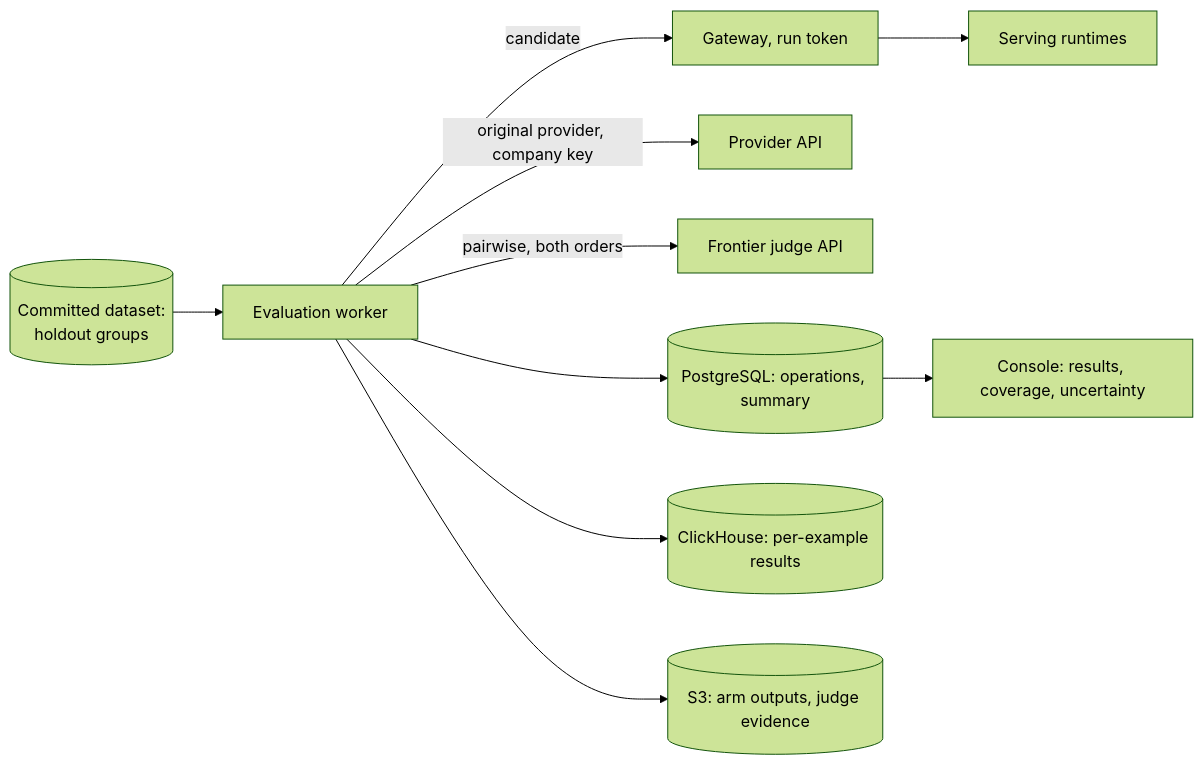
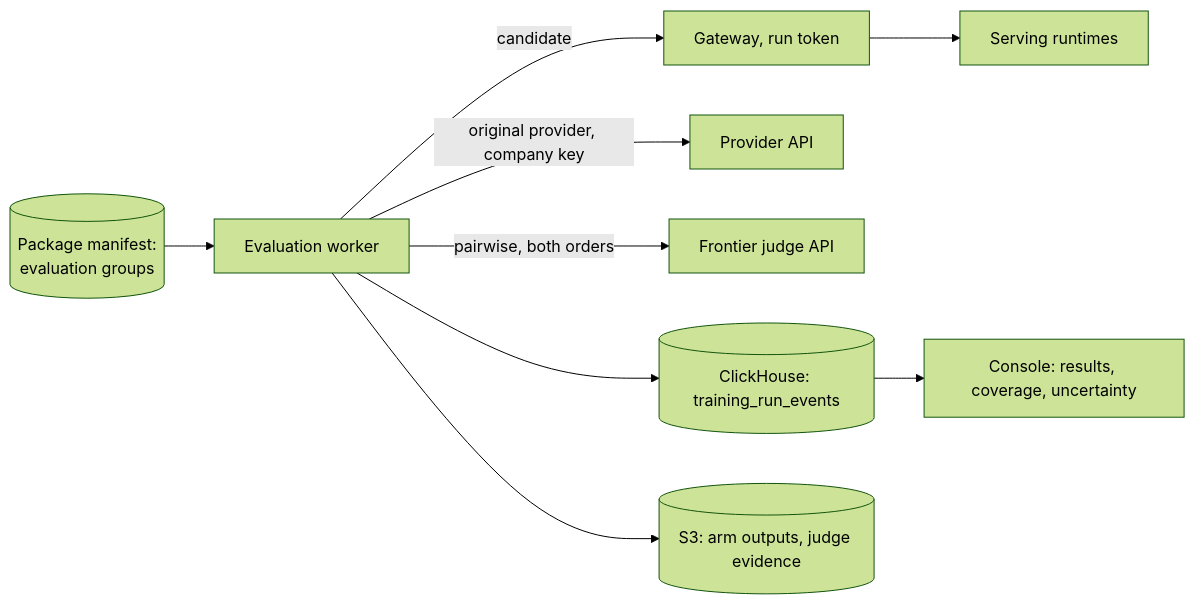
The diagram in docs/TASK_FINE_TUNING_EVALUATION_CONTRACT.md (Gradiated/gradiated), drawn with Mermaid (forest theme) before and after one commit. The commit also changed other lines of this file and 7 other files, not shown here.

First line of the commit message:
Simplify fine-tuning architecture and unify generation events (#44)

````diff
--- a/docs/TASK_FINE_TUNING_EVALUATION_CONTRACT.md
+++ b/docs/TASK_FINE_TUNING_EVALUATION_CONTRACT.md
@@ -7,11 +7,10 @@
 ```mermaid
 flowchart LR
-  M[(Committed dataset:<br/>holdout groups)] --> W[Evaluation worker]
+  M[(Package manifest:<br/>evaluation groups)] --> W[Evaluation worker]
   W -->|candidate| GW[Gateway, run token] --> RT[Serving runtimes]
   W -->|original provider, company key| PROV[Provider API]
   W -->|pairwise, both orders| J[Frontier judge API]
-  W --> PG[(PostgreSQL: operations, summary)]
-  W --> CH[(ClickHouse: per-example results)]
+  W --> CH[(ClickHouse: training_run_events)]
   W --> S3[(S3: arm outputs, judge evidence)]
-  PG --> CON[Console: results, coverage, uncertainty]
+  CH --> CON[Console: results, coverage, uncertainty]
 ```
````
